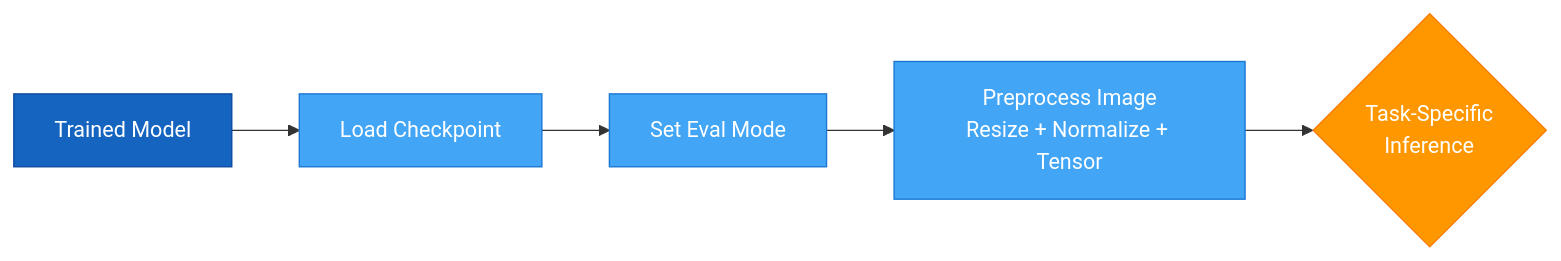
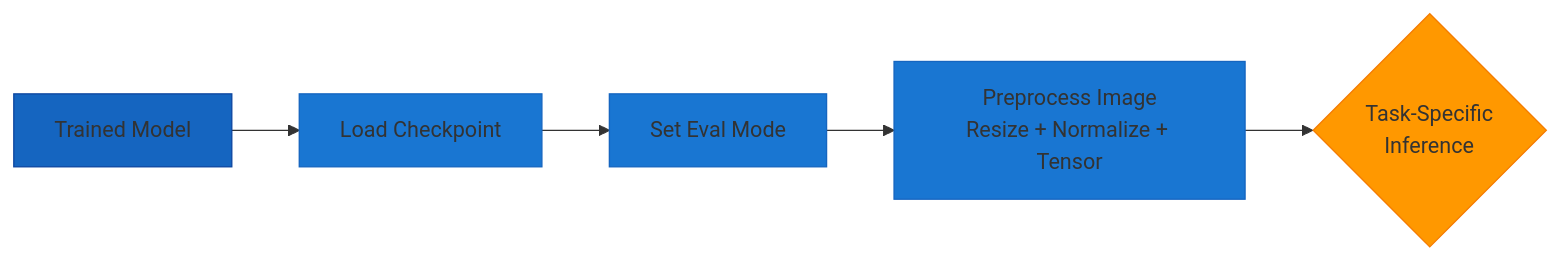
The first of 2 diagrams in docs/user-guide/inference/index.md (theja-vanka/AutoTimm), drawn with Mermaid before and after one commit. The commit also changed other lines of this file and 37 other files, not shown here.

````diff
--- a/docs/user-guide/inference/index.md
+++ b/docs/user-guide/inference/index.md
@@ -9,13 +9,13 @@
 ```mermaid
 graph LR
     A[Trained Model] --> B[Load Checkpoint]
     B --> C[Set Eval Mode]
     C --> D[Preprocess Image<br/>Resize + Normalize + Tensor]
     D --> E{Task-Specific<br/>Inference}
 
-    style A fill:#1565C0,stroke:#0D47A1,color:#fff
-    style B fill:#42A5F5,stroke:#1976D2,color:#fff
-    style C fill:#42A5F5,stroke:#1976D2,color:#fff
-    style D fill:#42A5F5,stroke:#1976D2,color:#fff
-    style E fill:#FF9800,stroke:#F57C00,color:#fff
+    style A fill:#1565C0,stroke:#0D47A1
+    style B fill:#1976D2,stroke:#1565C0
+    style C fill:#1976D2,stroke:#1565C0
+    style D fill:#1976D2,stroke:#1565C0
+    style E fill:#FF9800,stroke:#F57C00
 ```
````
